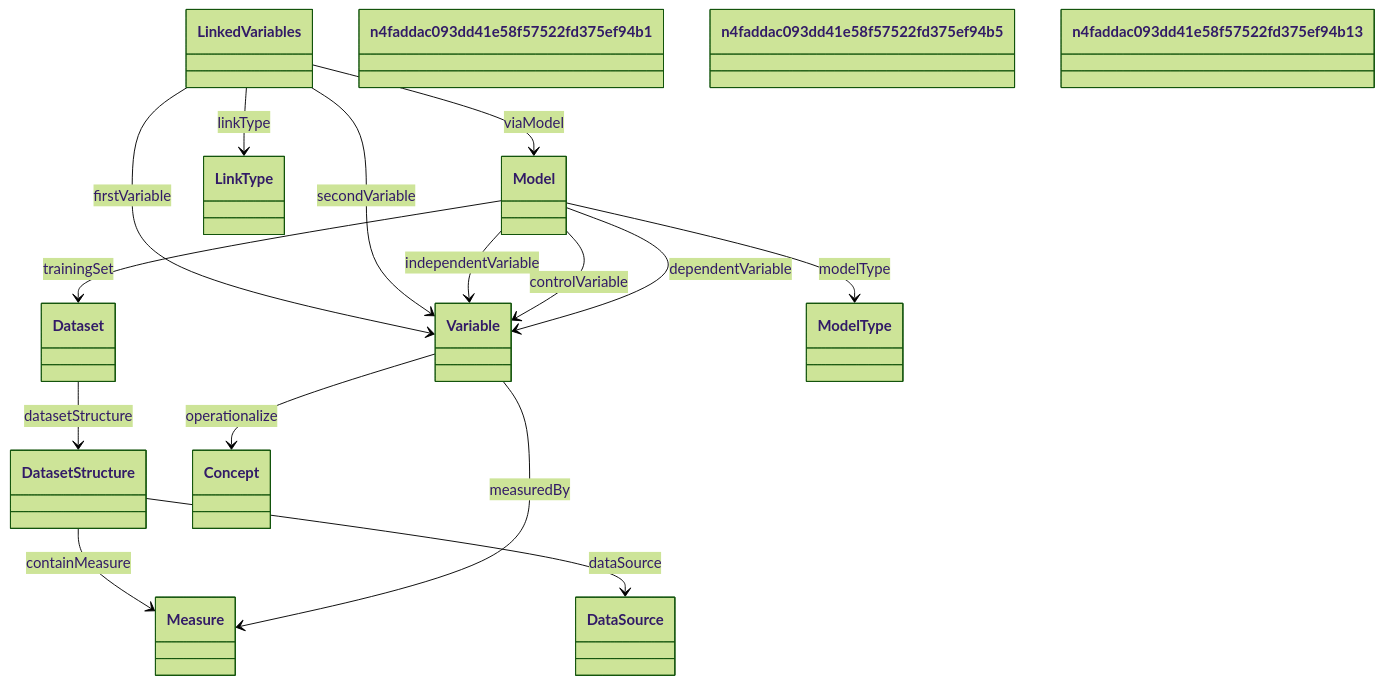
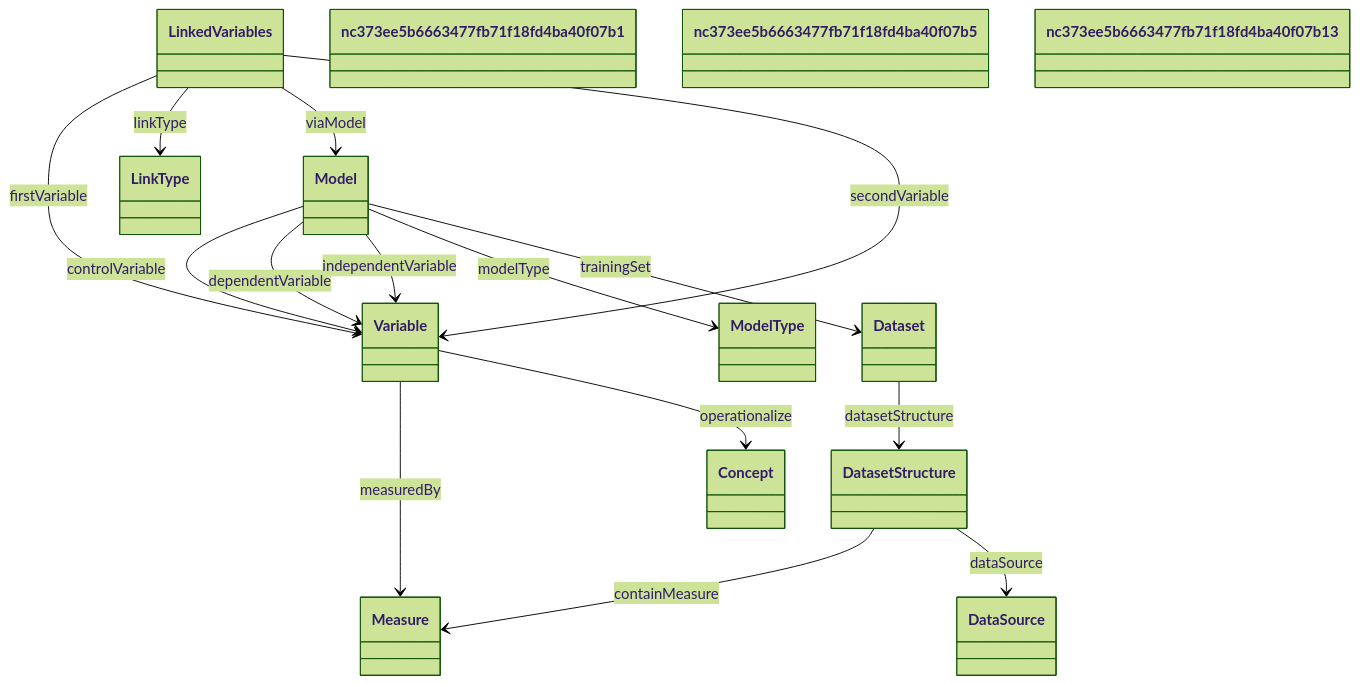
The diagram in output/ieswc_freq/rvo.ttl-freq-10.md (oeg-upm/Devos), drawn with Mermaid (forest theme) before and after one commit. The commit also changed 52 other files, not shown here.

````diff
--- a/output/ieswc_freq/rvo.ttl-freq-10.md
+++ b/output/ieswc_freq/rvo.ttl-freq-10.md
@@ -1,75 +1,75 @@
 ```mermaid
 	classDiagram
 
     
     class Variable {
     
     }
 
     class Model {
     
     }
 
     class LinkedVariables {
     
     }
 
     class DatasetStructure {
     
     }
 
     class Dataset {
     
     }
 
     class Measure {
     
     }
 
-    class n4faddac093dd41e58f57522fd375ef94b1 {
+    class nc373ee5b6663477fb71f18fd4ba40f07b1 {
     
     }
 
-    class n4faddac093dd41e58f57522fd375ef94b5 {
+    class nc373ee5b6663477fb71f18fd4ba40f07b5 {
     
     }
 
-    class n4faddac093dd41e58f57522fd375ef94b13 {
+    class nc373ee5b6663477fb71f18fd4ba40f07b13 {
     
     }
 
     class DataSource {
     
     }
 
 
 
+Variable  --> Measure   :measuredBy  
+
+Model  --> Variable   :controlVariable  
+
+LinkedVariables  --> Variable   :firstVariable  
+
 DatasetStructure  --> Measure   :containMeasure  
 
 LinkedVariables  --> LinkType   :linkType  
 
-LinkedVariables  --> Variable   :firstVariable  
+Model  --> Variable   :dependentVariable  
+
+Model  --> Variable   :independentVariable  
 
 LinkedVariables  --> Model   :viaModel  
 
+Dataset  --> DatasetStructure   :datasetStructure  
+
 Model  --> ModelType   :modelType  
+
+LinkedVariables  --> Variable   :secondVariable  
+
+Variable  --> Concept   :operationalize  
 
 DatasetStructure  --> DataSource   :dataSource  
 
-Variable  --> Concept   :operationalize  
-
-Variable  --> Measure   :measuredBy  
-
-LinkedVariables  --> Variable   :secondVariable  
-
-Model  --> Variable   :independentVariable  
-
-Dataset  --> DatasetStructure   :datasetStructure  
-
-Model  --> Variable   :controlVariable  
-
 Model  --> Dataset   :trainingSet  
 
-Model  --> Variable   :dependentVariable  
-
 ```
````
